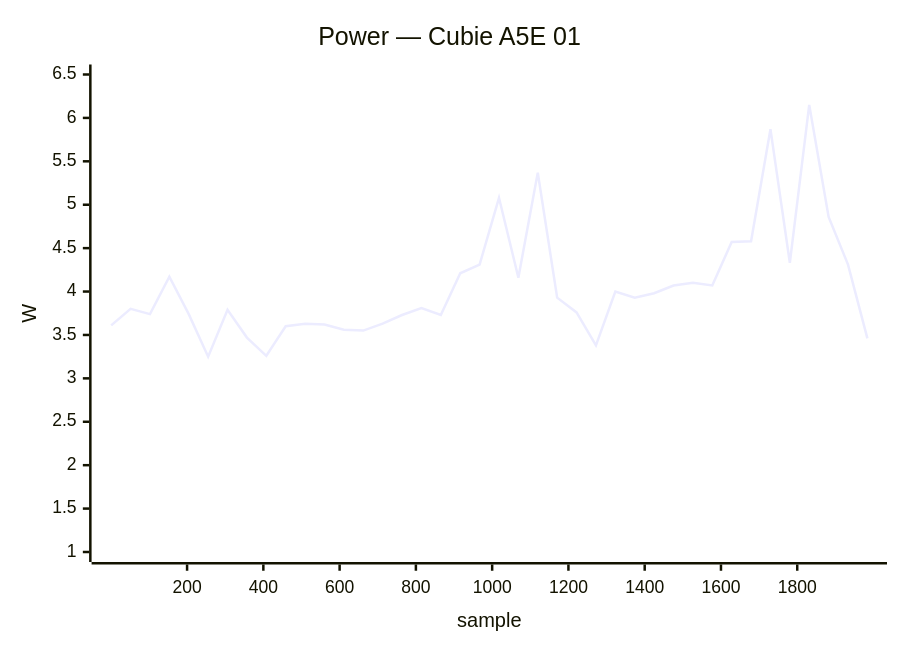
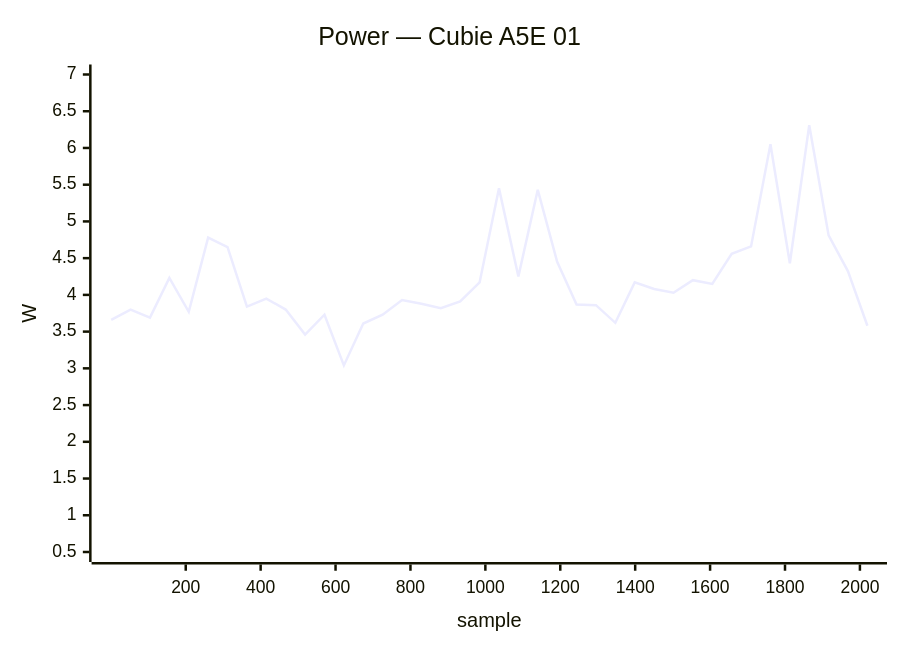
Before and after one commit to armbian/documentation: diagram 13 of 40 in docs/status/board-tests.md, drawn with Mermaid. The commit also changed other lines of this file, not shown here.

````diff
--- a/docs/status/board-tests.md
+++ b/docs/status/board-tests.md
@@ -529,7 +558,7 @@
 ```mermaid
 xychart-beta
     title "Power — Cubie A5E 01"
-    x-axis "sample" 1 --> 1984
-    y-axis "W" 1.0 --> 6.5
-    line [3.61, 3.80, 3.74, 4.17, 3.74, 3.25, 3.79, 3.47, 3.26, 3.60, 3.63, 3.62, 3.56, 3.55, 3.63, 3.73, 3.81, 3.73, 4.21, 4.31, 5.08, 4.16, 5.37, 3.93, 3.76, 3.38, 4.00, 3.93, 3.98, 4.07, 4.10, 4.07, 4.57, 4.58, 5.87, 4.33, 6.15, 4.86, 4.31, 3.46]
+    x-axis "sample" 1 --> 2020
+    y-axis "W" 0.5 --> 7.0
+    line [3.66, 3.80, 3.69, 4.23, 3.77, 4.78, 4.65, 3.84, 3.95, 3.80, 3.46, 3.73, 3.04, 3.61, 3.73, 3.93, 3.88, 3.82, 3.91, 4.17, 5.45, 4.25, 5.43, 4.45, 3.87, 3.86, 3.62, 4.17, 4.08, 4.03, 4.20, 4.15, 4.56, 4.66, 6.05, 4.43, 6.31, 4.81, 4.32, 3.58]
 ```
````
